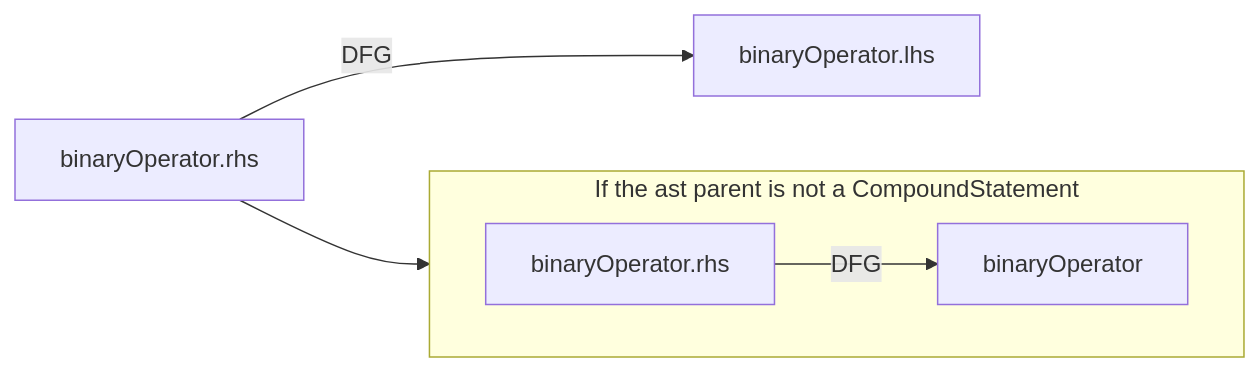
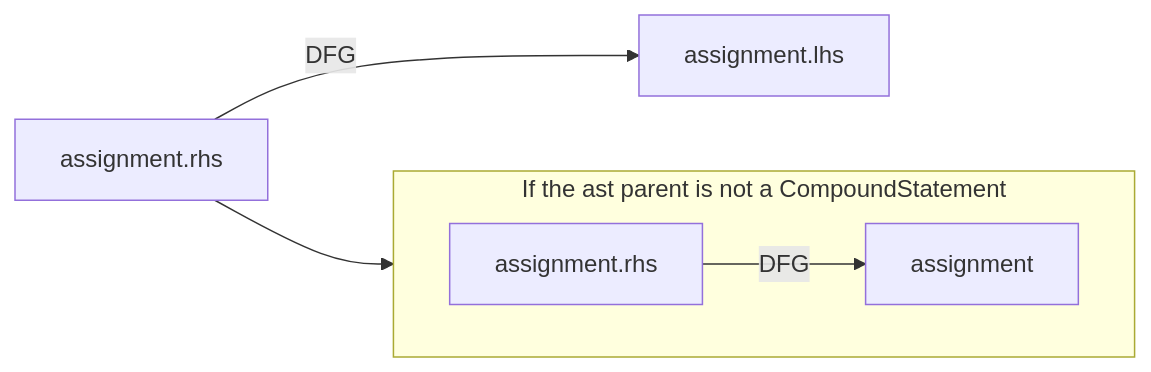
Before and after one commit to Fraunhofer-AISEC/cpg: the sixth of 38 diagrams in docs/docs/CPG/specs/dfg.md, drawn with Mermaid. The commit also changed other lines of this file and 15 other files, not shown here.

````diff
--- a/docs/docs/CPG/specs/dfg.md
+++ b/docs/docs/CPG/specs/dfg.md
@@ -89,9 +87,9 @@
-  ```mermaid
-  flowchart LR
-    A[binaryOperator.rhs] -- DFG --> binaryOperator.lhs;
-    subgraph S[If the ast parent is not a CompoundStatement]
-      direction LR
-      binaryOperator.rhs -- DFG --> binaryOperator;
-    end
-    A --> S;
-  ```
+```mermaid
+flowchart LR
+  A[assignment.rhs] -- DFG --> assignment.lhs;
+  subgraph S[If the ast parent is not a CompoundStatement]
+    direction LR
+    assignment.rhs -- DFG --> assignment;
+  end
+  A --> S;
+```
````
